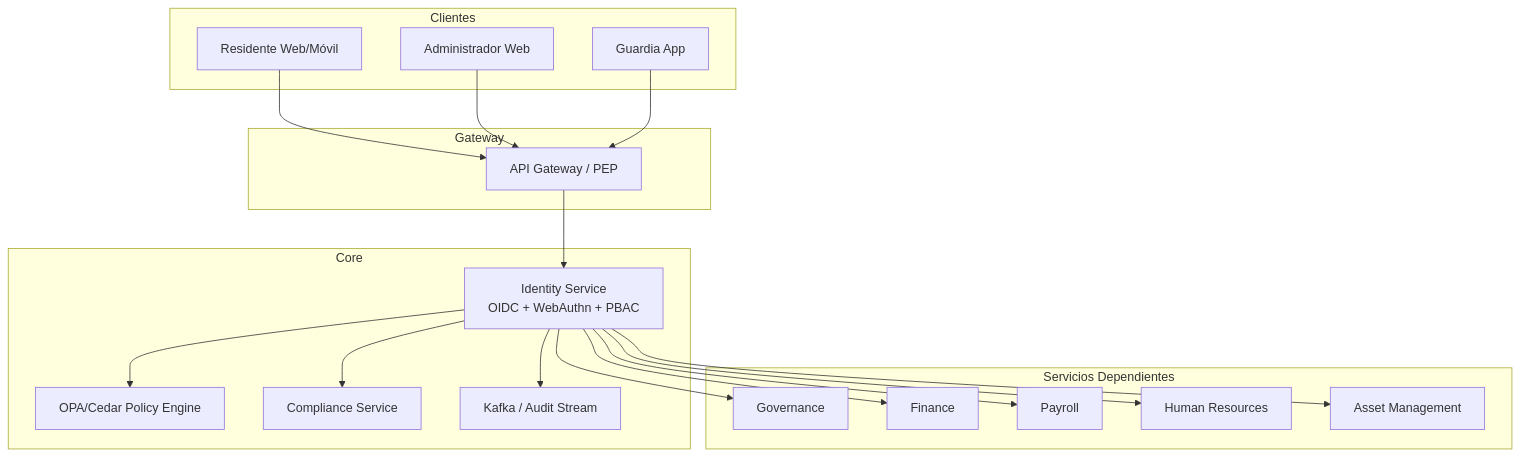
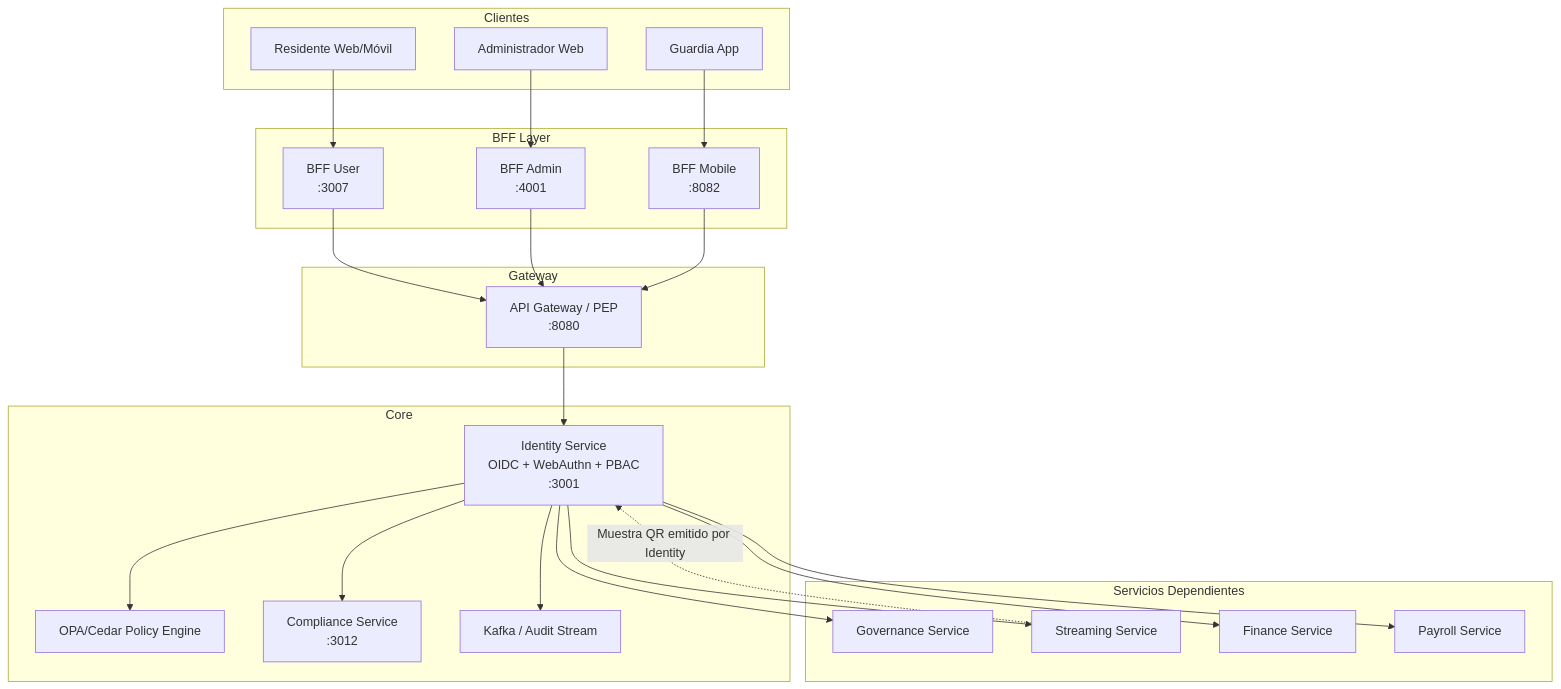
Before and after one commit to latamteks-cmyk/clean_arq: the diagram in docs-drafts/templates/life_clicle/indentity-service/vision_document.md, drawn with Mermaid. The commit also changed other lines of this file, not shown here.

````diff
--- a/docs-drafts/templates/life_clicle/indentity-service/vision_document.md
+++ b/docs-drafts/templates/life_clicle/indentity-service/vision_document.md
@@ -57,37 +58,51 @@
 ```mermaid
 graph TD
   subgraph Clientes
     U1[Residente Web/Móvil]
     U2[Administrador Web]
     U3[Guardia App]
   end
+  
+  subgraph BFFLayer["BFF Layer"]
+    BFF_U[BFF User<br/>:3007]
+    BFF_A[BFF Admin<br/>:4001]
+    BFF_M[BFF Mobile<br/>:8082]
+  end
+  
   subgraph Gateway
-    GW[API Gateway / PEP]
+    GW[API Gateway / PEP<br/>:8080]
   end
+  
   subgraph Core
-    ID[Identity Service<br/>OIDC + WebAuthn + PBAC]
+    ID[Identity Service<br/>OIDC + WebAuthn + PBAC<br/>:3001]
     POL[OPA/Cedar Policy Engine]
-    CMP[Compliance Service]
+    CMP[Compliance Service<br/>:3012]
     K[Kafka / Audit Stream]
   end
+  
   subgraph Servicios Dependientes
-    GOV[Governance]
-    FIN[Finance]
-    PAY[Payroll]
-    HR[Human Resources]
-    AM[Asset Management]
+    GOV[Governance Service]
+    STR[Streaming Service]
+    FIN[Finance Service]
+    PAY[Payroll Service]
   end
 
-  U1-->GW
-  U2-->GW
-  U3-->GW
+  U1-->BFF_U
+  U2-->BFF_A
+  U3-->BFF_M
+  
+  BFF_U-->GW
+  BFF_A-->GW
+  BFF_M-->GW
+  
   GW-->ID
   ID-->POL
   ID-->CMP
   ID-->K
   ID-->GOV
+  ID-->STR
   ID-->FIN
   ID-->PAY
-  ID-->HR
-  ID-->AM
+  
+  STR-.->|Muestra QR emitido por Identity|ID
 ```
````
